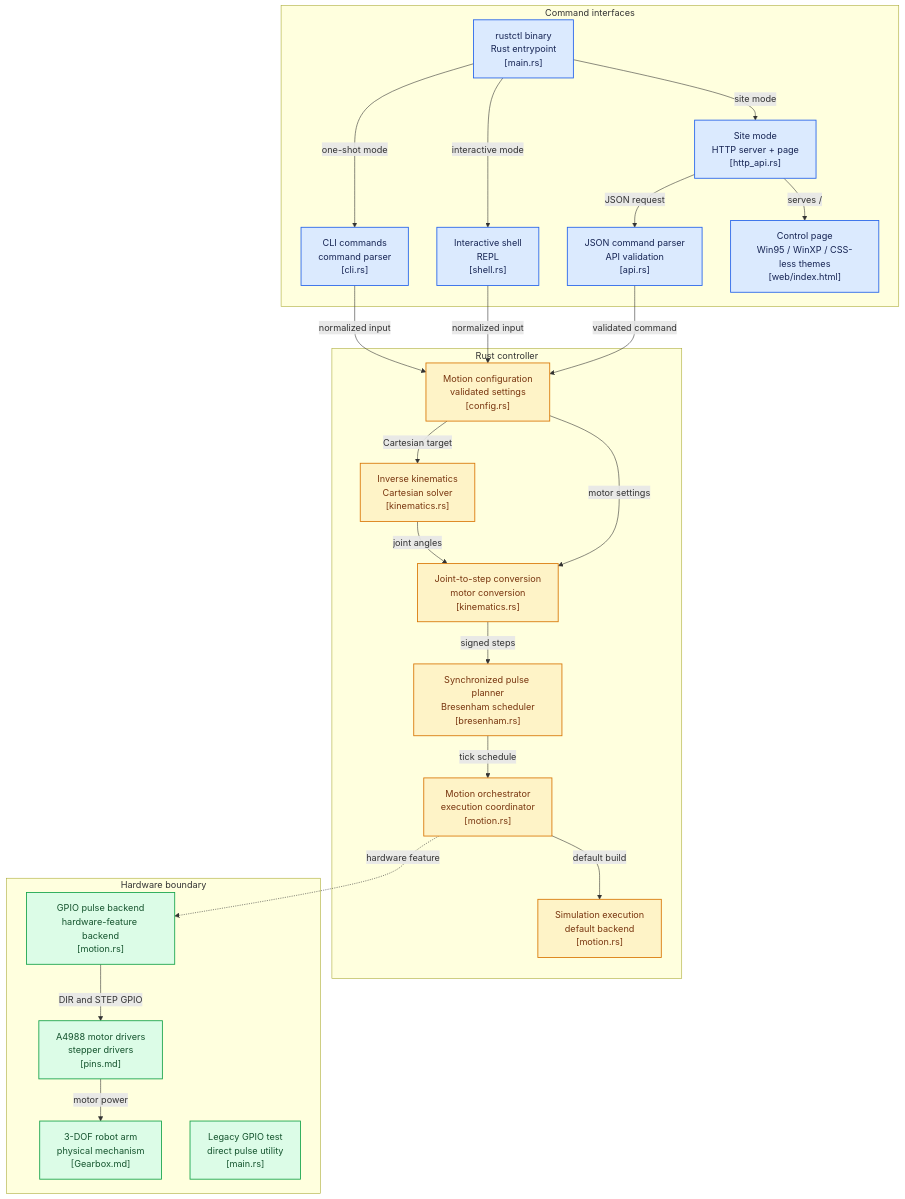
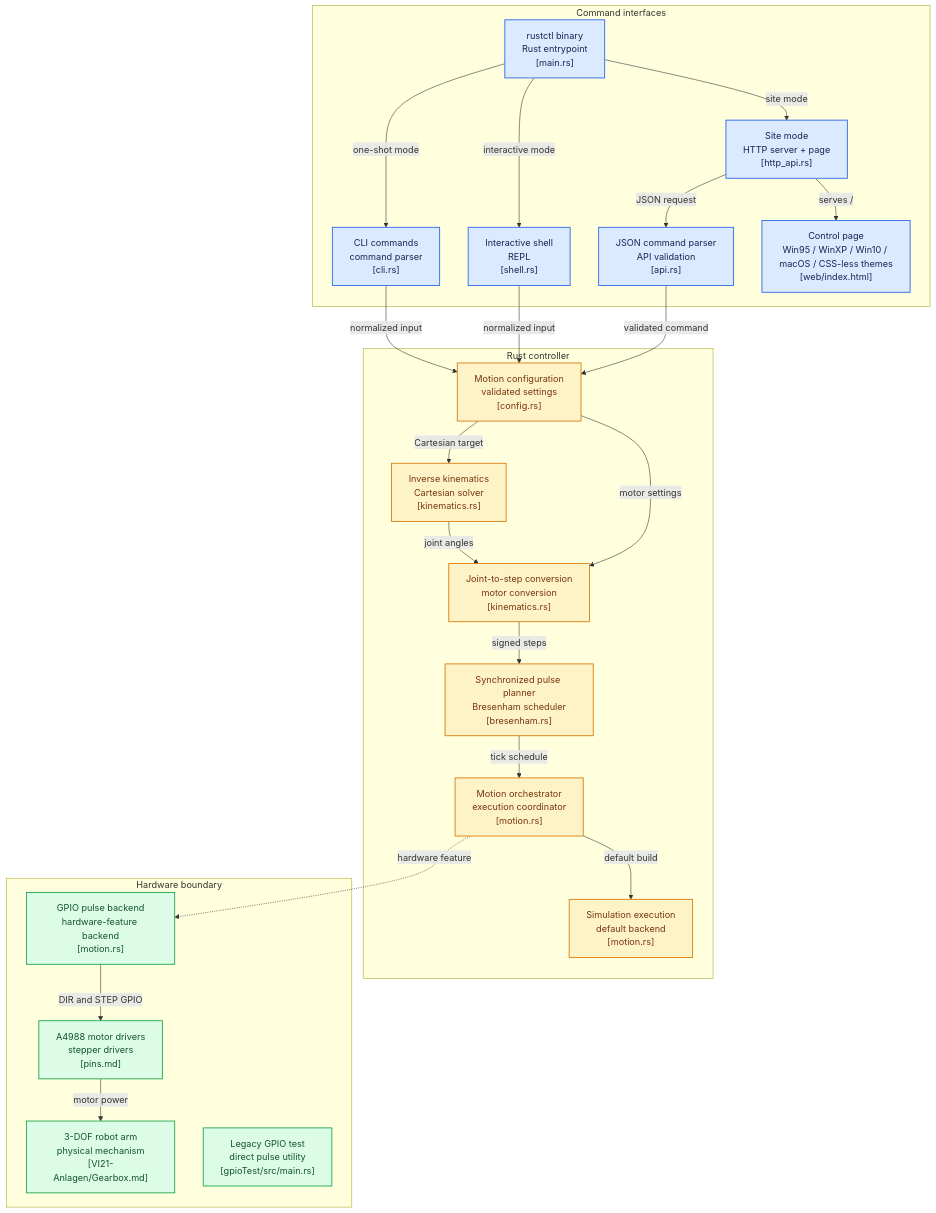
One commit to Flxx94/Roboterarm-HASE changed the third of 5 diagrams in README.md. Above: the diagram before and after it, drawn with Mermaid. The commit also changed other lines of this file, not shown here.

````diff
--- a/README.md
+++ b/README.md
@@ -262,74 +258,74 @@
 ```mermaid
 flowchart TD
 
 subgraph group_interfaces["Command interfaces"]
   node_main["rustctl binary<br/>Rust entrypoint<br/>[main.rs]"]
   node_cli["CLI commands<br/>command parser<br/>[cli.rs]"]
   node_shell["Interactive shell<br/>REPL<br/>[shell.rs]"]
   node_http["Site mode<br/>HTTP server + page<br/>[http_api.rs]"]
   node_api["JSON command parser<br/>API validation<br/>[api.rs]"]
-  node_page["Control page<br/>Win95 / WinXP / CSS-less themes<br/>[web/index.html]"]
+  node_page["Control page<br/>Win95 / WinXP / Win10 / macOS / CSS-less themes<br/>[web/index.html]"]
 end
 
 subgraph group_controller["Rust controller"]
   node_config["Motion configuration<br/>validated settings<br/>[config.rs]"]
   node_kinematics["Inverse kinematics<br/>Cartesian solver<br/>[kinematics.rs]"]
   node_step_conversion["Joint-to-step conversion<br/>motor conversion<br/>[kinematics.rs]"]
   node_planner["Synchronized pulse planner<br/>Bresenham scheduler<br/>[bresenham.rs]"]
   node_motion["Motion orchestrator<br/>execution coordinator<br/>[motion.rs]"]
   node_simulation["Simulation execution<br/>default backend<br/>[motion.rs]"]
 end
 
 subgraph group_hardware["Hardware boundary"]
   node_gpio_backend["GPIO pulse backend<br/>hardware-feature backend<br/>[motion.rs]"]
   node_drivers["A4988 motor drivers<br/>stepper drivers<br/>[pins.md]"]
-  node_robot["3-DOF robot arm<br/>physical mechanism<br/>[Gearbox.md]"]
-  node_gpio_test["Legacy GPIO test<br/>direct pulse utility<br/>[main.rs]"]
+  node_robot["3-DOF robot arm<br/>physical mechanism<br/>[VI21-Anlagen/Gearbox.md]"]
+  node_gpio_test["Legacy GPIO test<br/>direct pulse utility<br/>[gpioTest/src/main.rs]"]
 end
 
 node_main -->|"one-shot mode"| node_cli
 node_main -->|"interactive mode"| node_shell
 node_main -->|"site mode"| node_http
 node_http -->|"serves /"| node_page
 node_http -->|"JSON request"| node_api
 node_cli -->|"normalized input"| node_config
 node_shell -->|"normalized input"| node_config
 node_api -->|"validated command"| node_config
 node_config -->|"Cartesian target"| node_kinematics
 node_kinematics -->|"joint angles"| node_step_conversion
 node_config -->|"motor settings"| node_step_conversion
 node_step_conversion -->|"signed steps"| node_planner
 node_planner -->|"tick schedule"| node_motion
 node_motion -->|"default build"| node_simulation
 node_motion -.->|"hardware feature"| node_gpio_backend
 node_gpio_backend -->|"DIR and STEP GPIO"| node_drivers
 node_drivers -->|"motor power"| node_robot
 
 click node_main "https://github.com/hase-hgv/roboterarm-hase/blob/main/rustctl/src/main.rs"
 click node_cli "https://github.com/hase-hgv/roboterarm-hase/blob/main/rustctl/src/cli.rs"
 click node_shell "https://github.com/hase-hgv/roboterarm-hase/blob/main/rustctl/src/shell.rs"
 click node_http "https://github.com/hase-hgv/roboterarm-hase/blob/main/rustctl/src/http_api.rs"
 click node_api "https://github.com/hase-hgv/roboterarm-hase/blob/main/rustctl/src/api.rs"
 click node_page "https://github.com/hase-hgv/roboterarm-hase/blob/main/rustctl/web/index.html"
 click node_config "https://github.com/hase-hgv/roboterarm-hase/blob/main/rustctl/src/config.rs"
 click node_kinematics "https://github.com/hase-hgv/roboterarm-hase/blob/main/rustctl/src/kinematics.rs"
 click node_step_conversion "https://github.com/hase-hgv/roboterarm-hase/blob/main/rustctl/src/kinematics.rs"
 click node_planner "https://github.com/hase-hgv/roboterarm-hase/blob/main/rustctl/src/bresenham.rs"
 click node_motion "https://github.com/hase-hgv/roboterarm-hase/blob/main/rustctl/src/motion.rs"
 click node_simulation "https://github.com/hase-hgv/roboterarm-hase/blob/main/rustctl/src/motion.rs"
 click node_gpio_backend "https://github.com/hase-hgv/roboterarm-hase/blob/main/rustctl/src/motion.rs"
 click node_drivers "https://github.com/hase-hgv/roboterarm-hase/blob/main/pins.md"
 click node_robot "https://github.com/hase-hgv/roboterarm-hase/blob/main/VI21-Anlagen/Gearbox.md"
 click node_gpio_test "https://github.com/hase-hgv/roboterarm-hase/blob/main/gpioTest/src/main.rs"
 
 classDef toneNeutral fill:#f8fafc,stroke:#334155,stroke-width:1.5px,color:#0f172a
 classDef toneBlue fill:#dbeafe,stroke:#2563eb,stroke-width:1.5px,color:#172554
 classDef toneAmber fill:#fef3c7,stroke:#d97706,stroke-width:1.5px,color:#78350f
 classDef toneMint fill:#dcfce7,stroke:#16a34a,stroke-width:1.5px,color:#14532d
 classDef toneRose fill:#ffe4e6,stroke:#e11d48,stroke-width:1.5px,color:#881337
 classDef toneIndigo fill:#e0e7ff,stroke:#4f46e5,stroke-width:1.5px,color:#312e81
 classDef toneTeal fill:#ccfbf1,stroke:#0f766e,stroke-width:1.5px,color:#134e4a
 class node_main,node_cli,node_shell,node_http,node_api,node_page toneBlue
 class node_config,node_kinematics,node_step_conversion,node_planner,node_motion,node_simulation toneAmber
 class node_gpio_backend,node_drivers,node_robot,node_gpio_test toneMint
 ```
````
